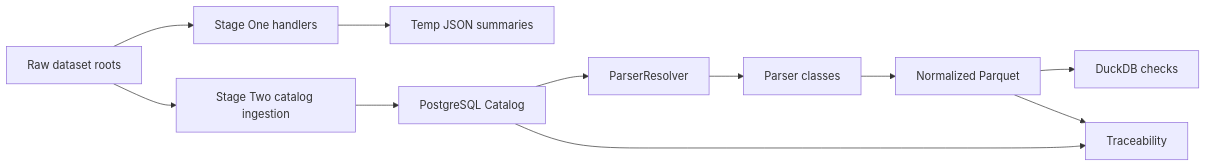
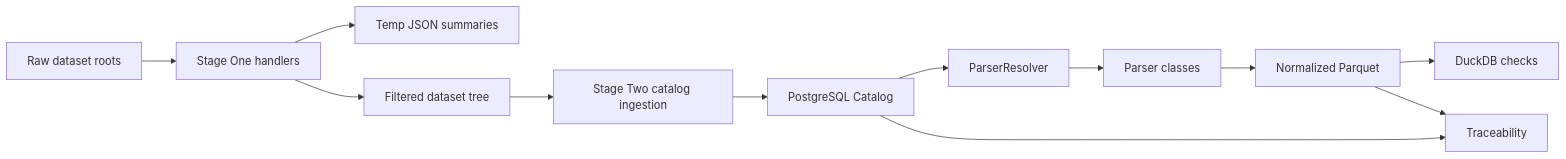
One commit to icppoduction-rgb/Proposal changed the diagram in docs/en/code-architecture/general-architecture.md. Above: the diagram before and after it, drawn with Mermaid. The commit also changed other lines of this file and 37 other files, not shown here.

````diff
--- a/docs/en/code-architecture/general-architecture.md
+++ b/docs/en/code-architecture/general-architecture.md
@@ -27,13 +27,14 @@
 ```mermaid
 flowchart LR
   A["Raw dataset roots"] --> B["Stage One handlers"]
   B --> C["Temp JSON summaries"]
-  A --> D["Stage Two catalog ingestion"]
+  B --> D0["Filtered dataset tree"]
+  D0 --> D["Stage Two catalog ingestion"]
   D --> E["PostgreSQL Catalog"]
   E --> F["ParserResolver"]
   F --> G["Parser classes"]
   G --> H["Normalized Parquet"]
   H --> I["DuckDB checks"]
   E --> J["Traceability"]
   H --> J
 ```
````
